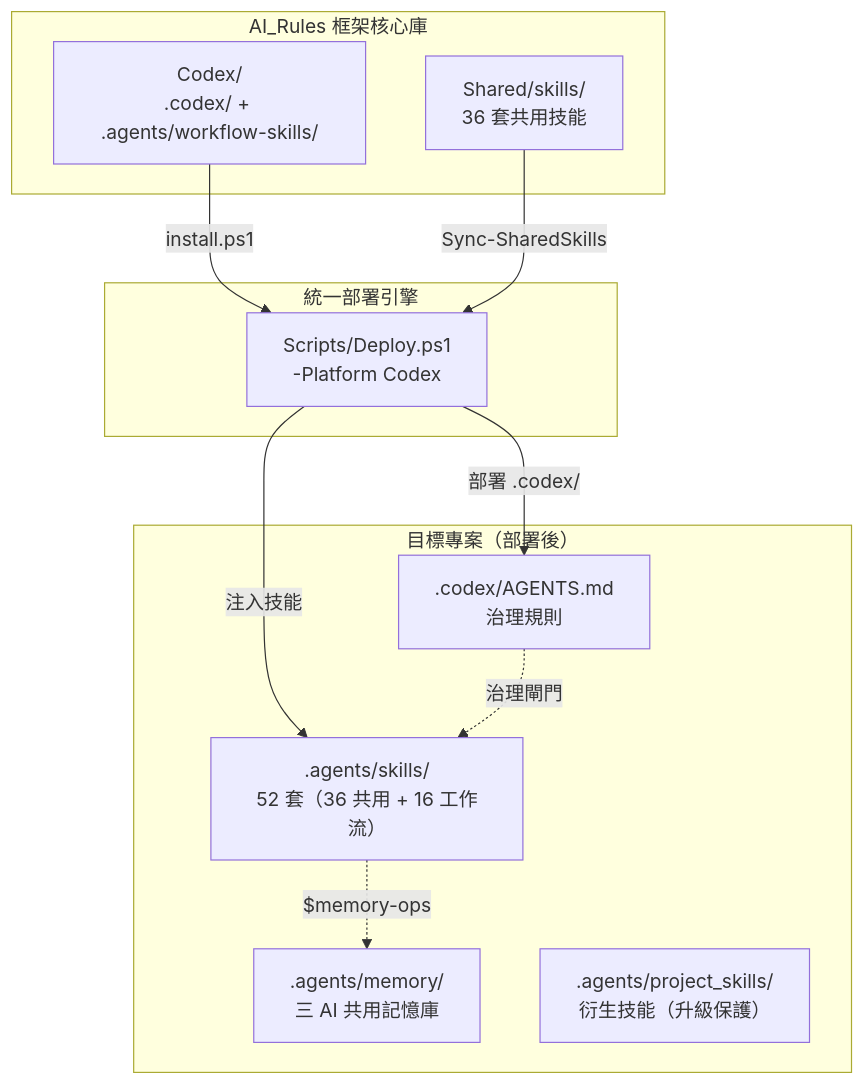
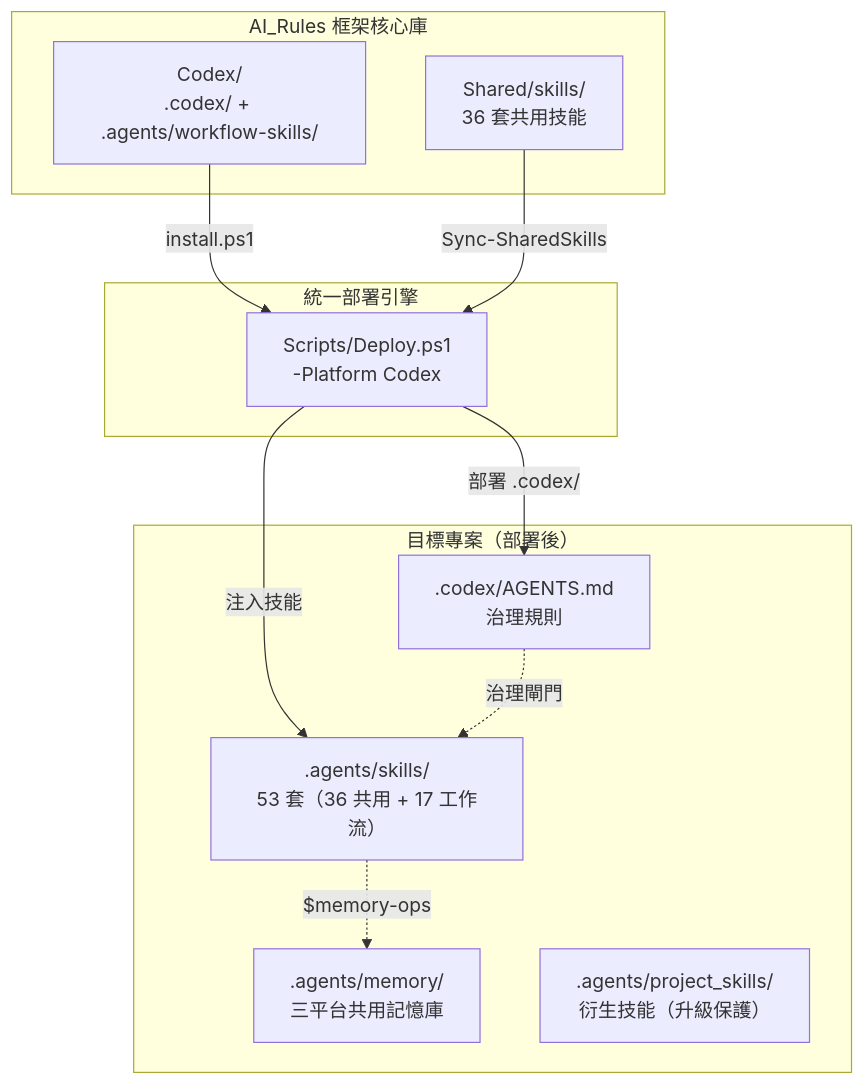
Before and after one commit to Kunshao1117/AI_Rules: the first of 2 diagrams in Codex/README.md, drawn with Mermaid. The commit also changed other lines of this file and 111 other files, not shown here.

````diff
--- a/Codex/README.md
+++ b/Codex/README.md
@@ -74,25 +74,25 @@
 ```mermaid
 graph TB
     subgraph "AI_Rules 框架核心庫"
         SRC["Codex/<br/>.codex/ + .agents/workflow-skills/"]
         SH["Shared/skills/<br/>36 套共用技能"]
     end
 
     subgraph "統一部署引擎"
         DEPLOY["Scripts/Deploy.ps1<br/>-Platform Codex"]
     end
 
     subgraph "目標專案（部署後）"
         CODEX[".codex/AGENTS.md<br/>治理規則"]
-        SKILLS[".agents/skills/<br/>52 套（36 共用 + 16 工作流）"]
-        MEM[".agents/memory/<br/>三 AI 共用記憶庫"]
+        SKILLS[".agents/skills/<br/>53 套（36 共用 + 17 工作流）"]
+        MEM[".agents/memory/<br/>三平台共用記憶庫"]
         PROJ[".agents/project_skills/<br/>衍生技能（升級保護）"]
     end
 
     SRC -->|"install.ps1"| DEPLOY
     SH -->|"Sync-SharedSkills"| DEPLOY
     DEPLOY -->|"部署 .codex/"| CODEX
     DEPLOY -->|"注入技能"| SKILLS
     SKILLS -.->|"$memory-ops"| MEM
     CODEX -.->|"治理閘門"| SKILLS
 ```
````
